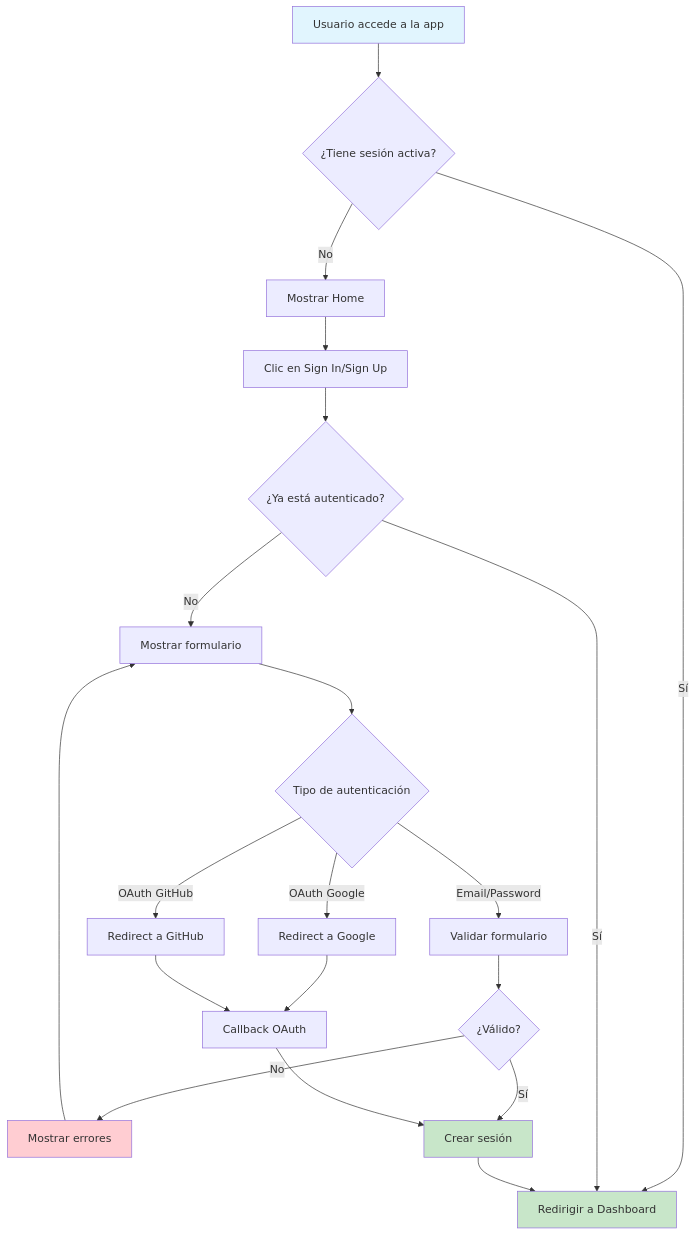
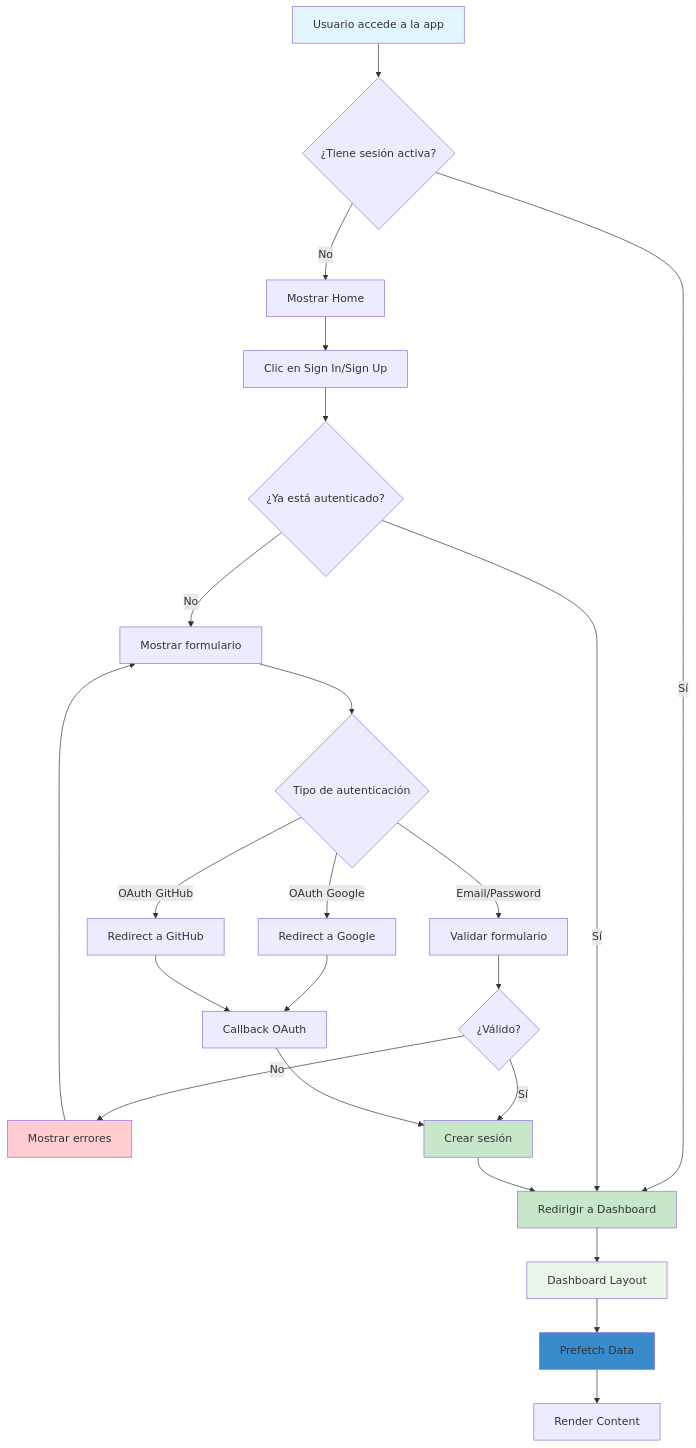
Before and after one commit to felipesanchez-dev/agentesia: the second of 9 diagrams in README.md, drawn with Mermaid. The commit also changed other lines of this file, not shown here.

Commit message:
feat: Update README.md with enhanced features, architecture diagrams, and improved documentation

````diff
--- a/README.md
+++ b/README.md
@@ -131,32 +173,38 @@
 ```mermaid
 flowchart TD
     A[Usuario accede a la app] --> B{¿Tiene sesión activa?}
     B -->|Sí| C[Redirigir a Dashboard]
     B -->|No| D[Mostrar Home]
     
     D --> E[Clic en Sign In/Sign Up]
     E --> F{¿Ya está autenticado?}
     F -->|Sí| C
     F -->|No| G[Mostrar formulario]
     
     G --> H{Tipo de autenticación}
     H -->|Email/Password| I[Validar formulario]
     H -->|OAuth Google| J[Redirect a Google]
     H -->|OAuth GitHub| K[Redirect a GitHub]
     
     I --> L{¿Válido?}
     L -->|No| M[Mostrar errores]
     L -->|Sí| N[Crear sesión]
     
     J --> O[Callback OAuth]
     K --> O
     O --> N
     
     M --> G
     N --> C
     
+    C --> P[Dashboard Layout]
+    P --> Q[Prefetch Data]
+    Q --> R[Render Content]
+    
     style A fill:#e1f5fe
     style C fill:#c8e6c9
     style N fill:#c8e6c9
     style M fill:#ffcdd2
+    style P fill:#e8f5e8
+    style Q fill:#398CCB
 ```
````
